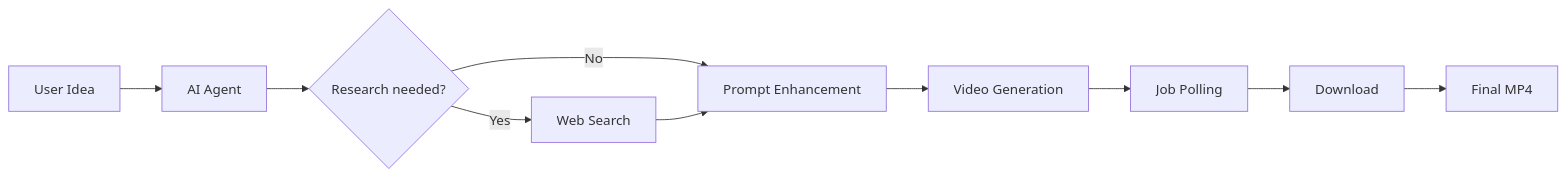
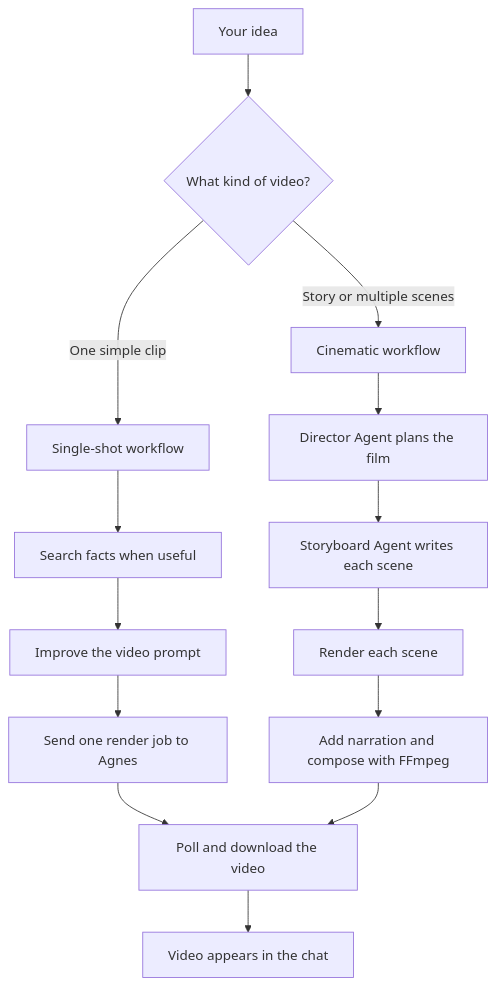
Before and after one commit to Nadjiba-Rahal/video-agent: the first of 3 diagrams in README.md, drawn with Mermaid. The commit also changed other lines of this file and 43 other files, not shown here.

Commit message:
Improve setup docs and chat video layout

````diff
--- a/README.md
+++ b/README.md
@@ -27,12 +9,16 @@
 ```mermaid
-flowchart LR
-    A["User Idea"] --> B["AI Agent"]
-    B --> C{"Research needed?"}
-    C -->|Yes| D["Web Search"]
-    C -->|No| E["Prompt Enhancement"]
-    D --> E
-    E --> F["Video Generation"]
-    F --> G["Job Polling"]
-    G --> H["Download"]
-    H --> I["Final MP4"]
+flowchart TD
+    A[Your idea] --> B{What kind of video?}
+    B -->|One simple clip| C[Single-shot workflow]
+    B -->|Story or multiple scenes| D[Cinematic workflow]
+    C --> E[Search facts when useful]
+    E --> F[Improve the video prompt]
+    F --> G[Send one render job to Agnes]
+    G --> H[Poll and download the video]
+    D --> I[Director Agent plans the film]
+    I --> J[Storyboard Agent writes each scene]
+    J --> K[Render each scene]
+    K --> L[Add narration and compose with FFmpeg]
+    L --> H
+    H --> M[Video appears in the chat]
 ```
````
